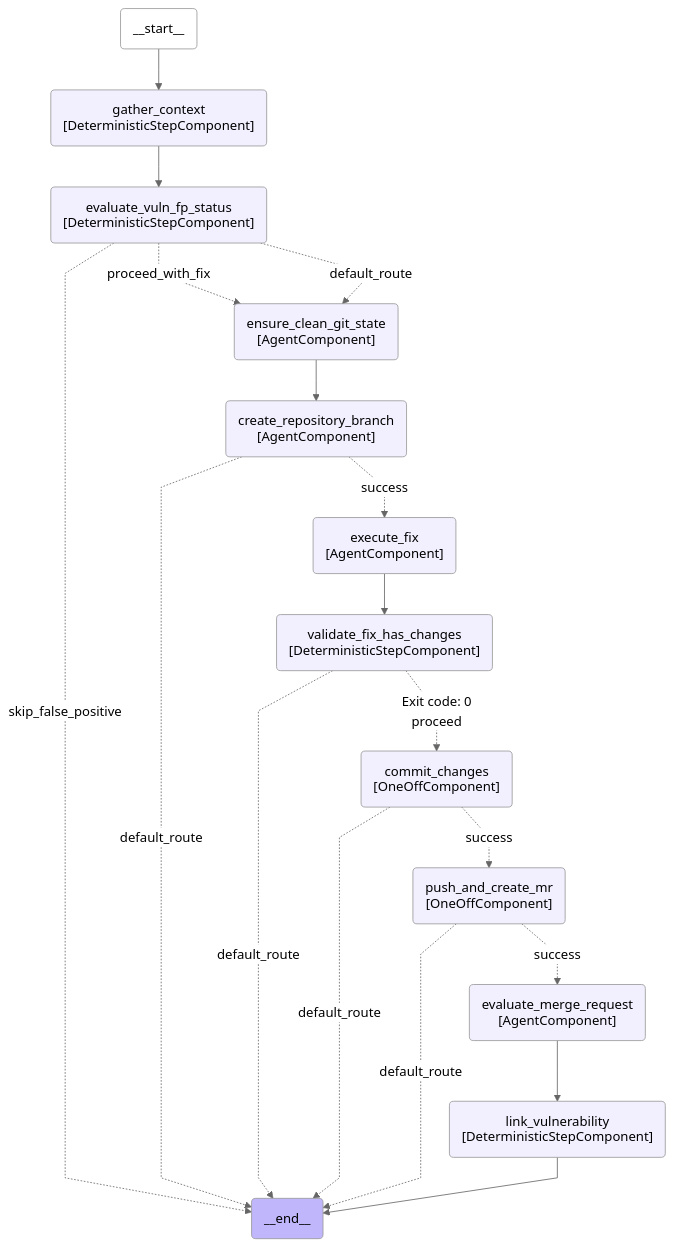
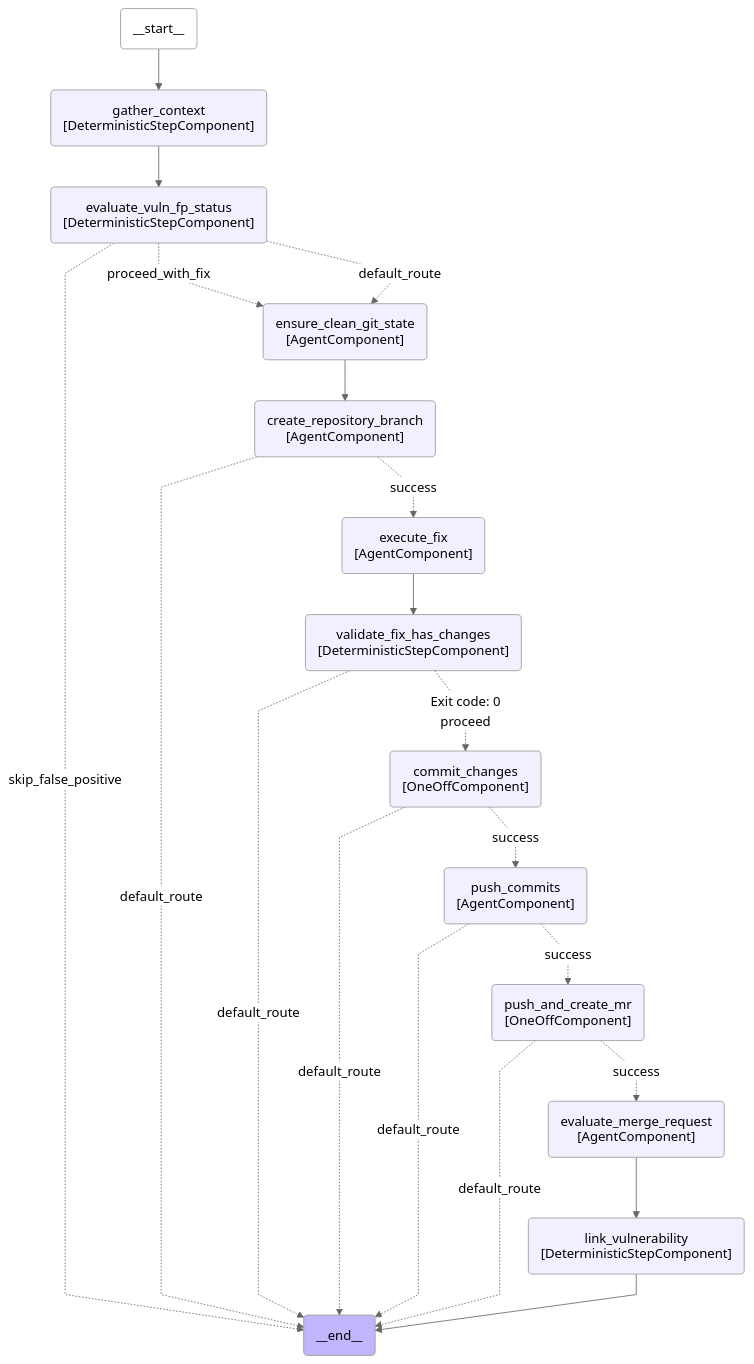
Diagram 38 of 47 in docs/duo_workflow_service_graphs.md (movax01h/ai-gateway), drawn with Mermaid (neutral theme) before and after one commit. The commit also changed other lines of this file and 10 other files, not shown here.

First line of the commit message:
fix(security-flows): only create the SAST MR after a push lands

````diff
--- a/docs/duo_workflow_service_graphs.md
+++ b/docs/duo_workflow_service_graphs.md
@@ -1152,40 +1152,43 @@
 ```mermaid
 ---
 config:
     flowchart:
         curve: linear
 ---
 graph TD;
     __start__(__start__):::first;
     __end__(__end__):::last;
     __start__ --> gather_context;
     gather_context(gather_context<br>#91;DeterministicStepComponent#93;);
     evaluate_vuln_fp_status(evaluate_vuln_fp_status<br>#91;DeterministicStepComponent#93;);
     ensure_clean_git_state(ensure_clean_git_state<br>#91;AgentComponent#93;);
     create_repository_branch(create_repository_branch<br>#91;AgentComponent#93;);
     execute_fix(execute_fix<br>#91;AgentComponent#93;);
     validate_fix_has_changes(validate_fix_has_changes<br>#91;DeterministicStepComponent#93;);
     commit_changes(commit_changes<br>#91;OneOffComponent#93;);
+    push_commits(push_commits<br>#91;AgentComponent#93;);
     push_and_create_mr(push_and_create_mr<br>#91;OneOffComponent#93;);
     link_vulnerability(link_vulnerability<br>#91;DeterministicStepComponent#93;);
     evaluate_merge_request(evaluate_merge_request<br>#91;AgentComponent#93;);
     gather_context --> evaluate_vuln_fp_status;
     evaluate_vuln_fp_status -.->|"skip_false_positive"| __end__;
     evaluate_vuln_fp_status -.->|"proceed_with_fix"| ensure_clean_git_state;
     evaluate_vuln_fp_status -.->|"default_route"| ensure_clean_git_state;
     ensure_clean_git_state --> create_repository_branch;
     create_repository_branch -.->|"success"| execute_fix;
     create_repository_branch -.->|"default_route"| __end__;
     execute_fix --> validate_fix_has_changes;
     validate_fix_has_changes -.->|"Exit code: 0\nproceed"| commit_changes;
     validate_fix_has_changes -.->|"default_route"| __end__;
-    commit_changes -.->|"success"| push_and_create_mr;
+    commit_changes -.->|"success"| push_commits;
     commit_changes -.->|"default_route"| __end__;
+    push_commits -.->|"success"| push_and_create_mr;
+    push_commits -.->|"default_route"| __end__;
     push_and_create_mr -.->|"success"| evaluate_merge_request;
     push_and_create_mr -.->|"default_route"| __end__;
     evaluate_merge_request --> link_vulnerability;
     link_vulnerability --> __end__;
     classDef default fill:#f2f0ff,line-height:1.2;
     classDef first fill-opacity:0;
     classDef last fill:#bfb6fc;
 ```
````
